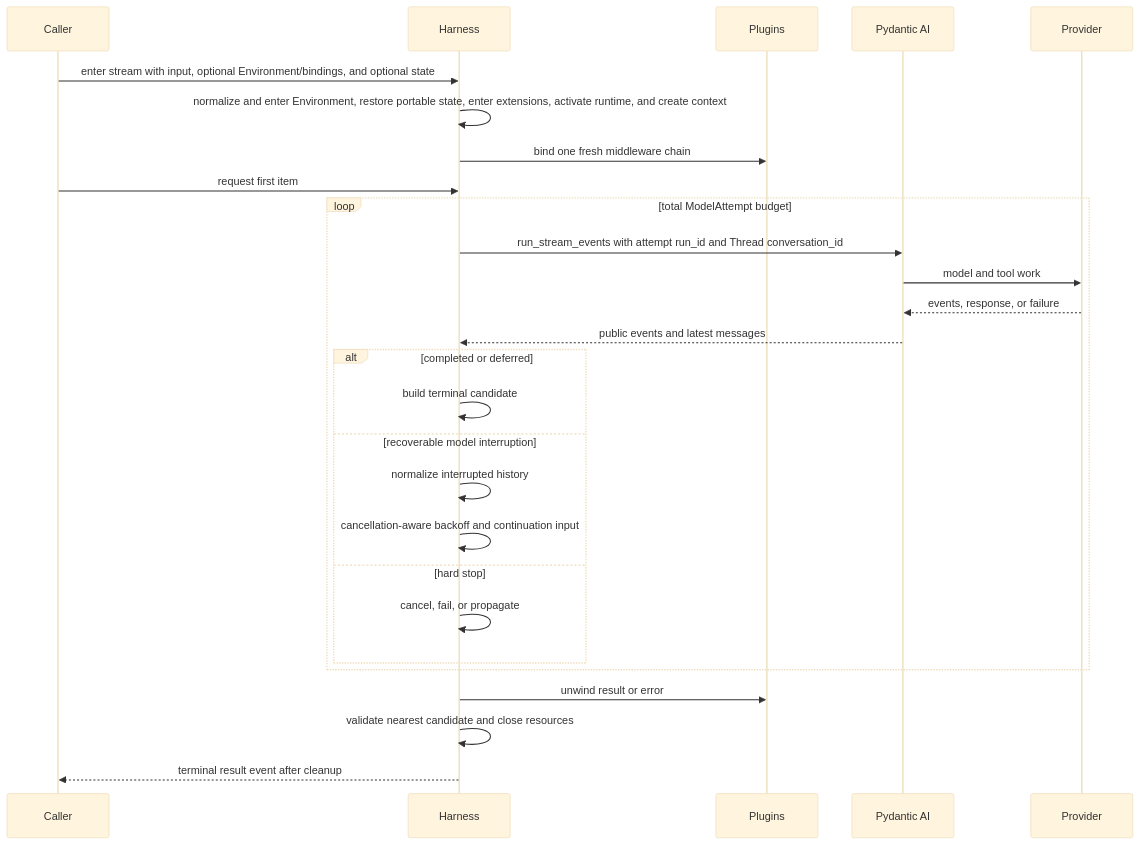
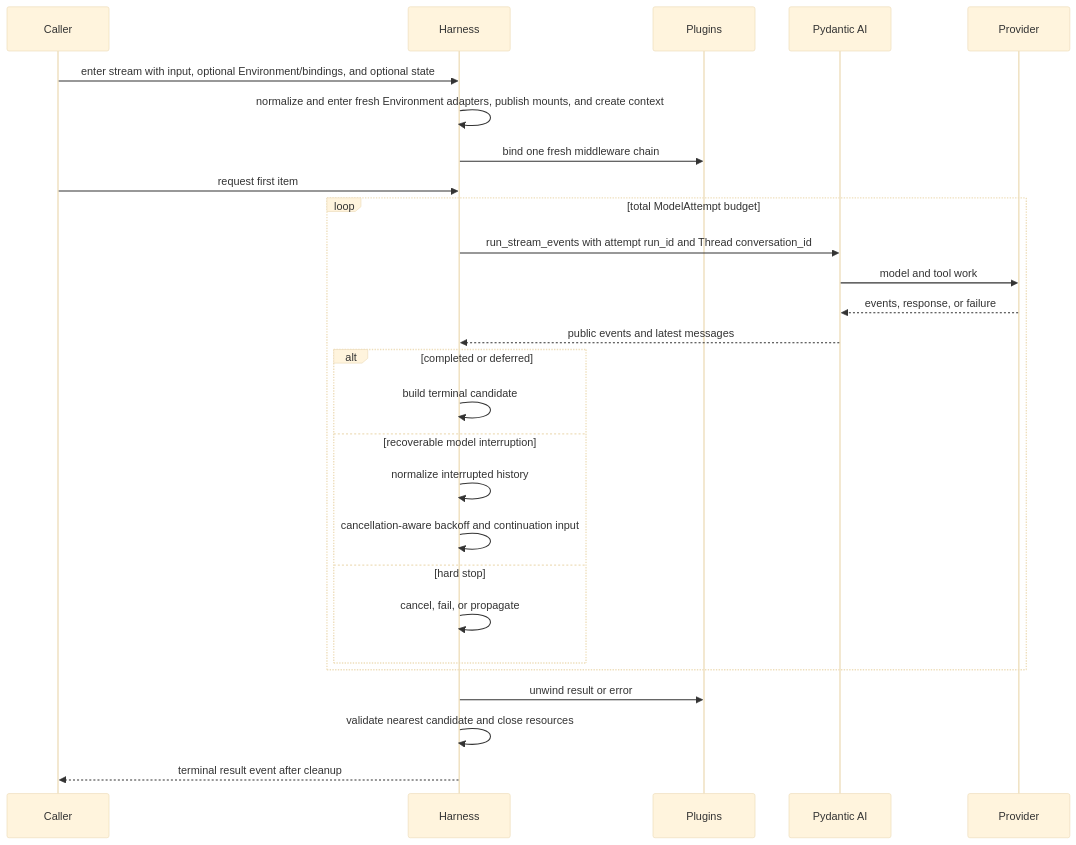
One commit to LTThreeComma/agent-foundation changed the second of 2 diagrams in spec/agent-harness/06-execution-context-and-lifecycle.md. Above: the diagram before and after it, drawn with Mermaid (base theme). The commit also changed other lines of this file and 188 other files, not shown here.

First line of the commit message:
feat(harness): rework environment and host ownership (#82)

````diff
--- a/spec/agent-harness/06-execution-context-and-lifecycle.md
+++ b/spec/agent-harness/06-execution-context-and-lifecycle.md
@@ -89,30 +85,30 @@
 ```mermaid
 sequenceDiagram
     participant Caller
     participant Harness
     participant Plugins
     participant PAI as Pydantic AI
     participant Provider
 
     Caller->>Harness: enter stream with input, optional Environment/bindings, and optional state
-    Harness->>Harness: normalize and enter Environment, restore portable state, enter extensions, activate runtime, and create context
+    Harness->>Harness: normalize and enter fresh Environment adapters, publish mounts, and create context
     Harness->>Plugins: bind one fresh middleware chain
     Caller->>Harness: request first item
     loop total ModelAttempt budget
         Harness->>PAI: run_stream_events with attempt run_id and Thread conversation_id
         PAI->>Provider: model and tool work
         Provider-->>PAI: events, response, or failure
         PAI-->>Harness: public events and latest messages
         alt completed or deferred
             Harness->>Harness: build terminal candidate
         else recoverable model interruption
             Harness->>Harness: normalize interrupted history
             Harness->>Harness: cancellation-aware backoff and continuation input
         else hard stop
             Harness->>Harness: cancel, fail, or propagate
         end
     end
     Harness->>Plugins: unwind result or error
     Harness->>Harness: validate nearest candidate and close resources
     Harness-->>Caller: terminal result event after cleanup
 ```
````
